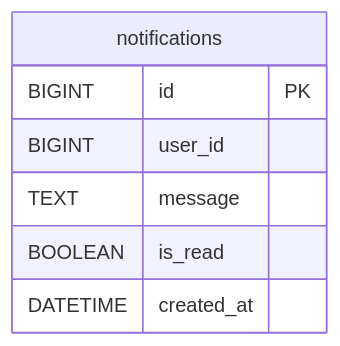
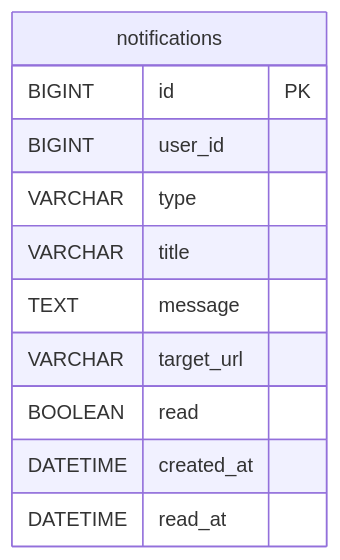
The first of 4 diagrams in docs/services/notification-service/diagrams.md (Prashant-kumar-sharma/FlowBoard-Backend), drawn with Mermaid before and after one commit. The commit also changed other lines of this file and 10 other files, not shown here.

Commit message:
[Prashant] : Added Diagrams for all the services

````diff
--- a/docs/services/notification-service/diagrams.md
+++ b/docs/services/notification-service/diagrams.md
@@ -4,10 +4,14 @@
 ```mermaid
 erDiagram
     notifications {
         BIGINT id PK
         BIGINT user_id
+        VARCHAR type
+        VARCHAR title
         TEXT message
-        BOOLEAN is_read
+        VARCHAR target_url
+        BOOLEAN read
         DATETIME created_at
+        DATETIME read_at
     }
 ```
````
